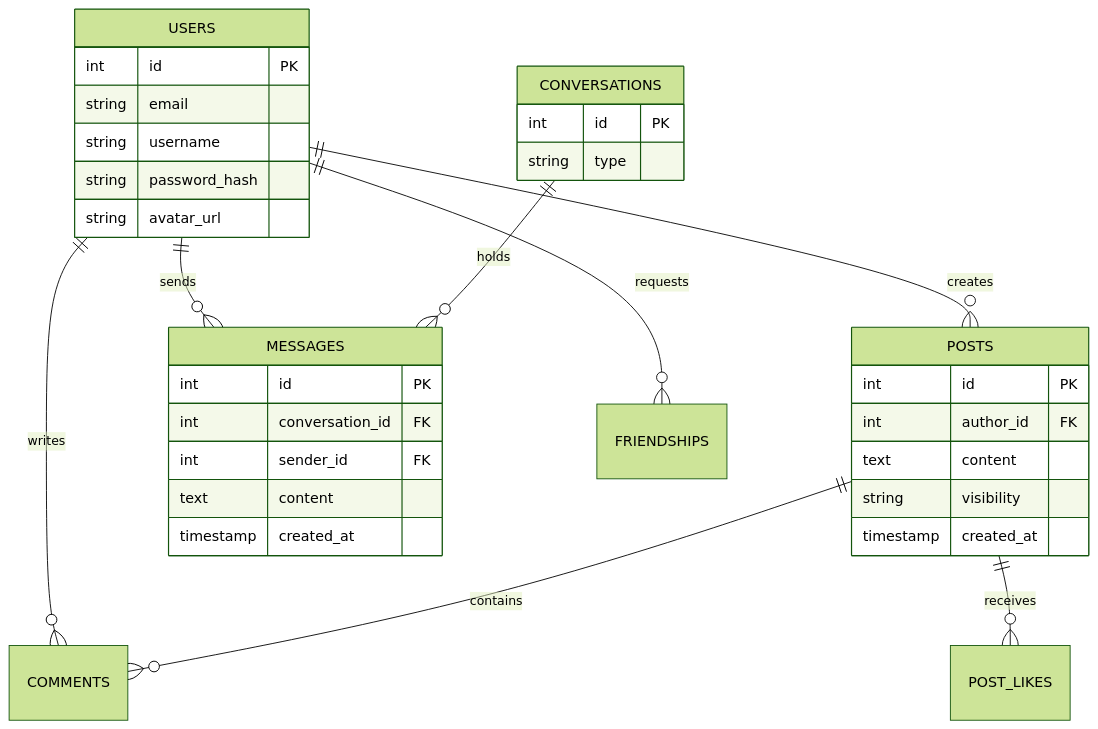
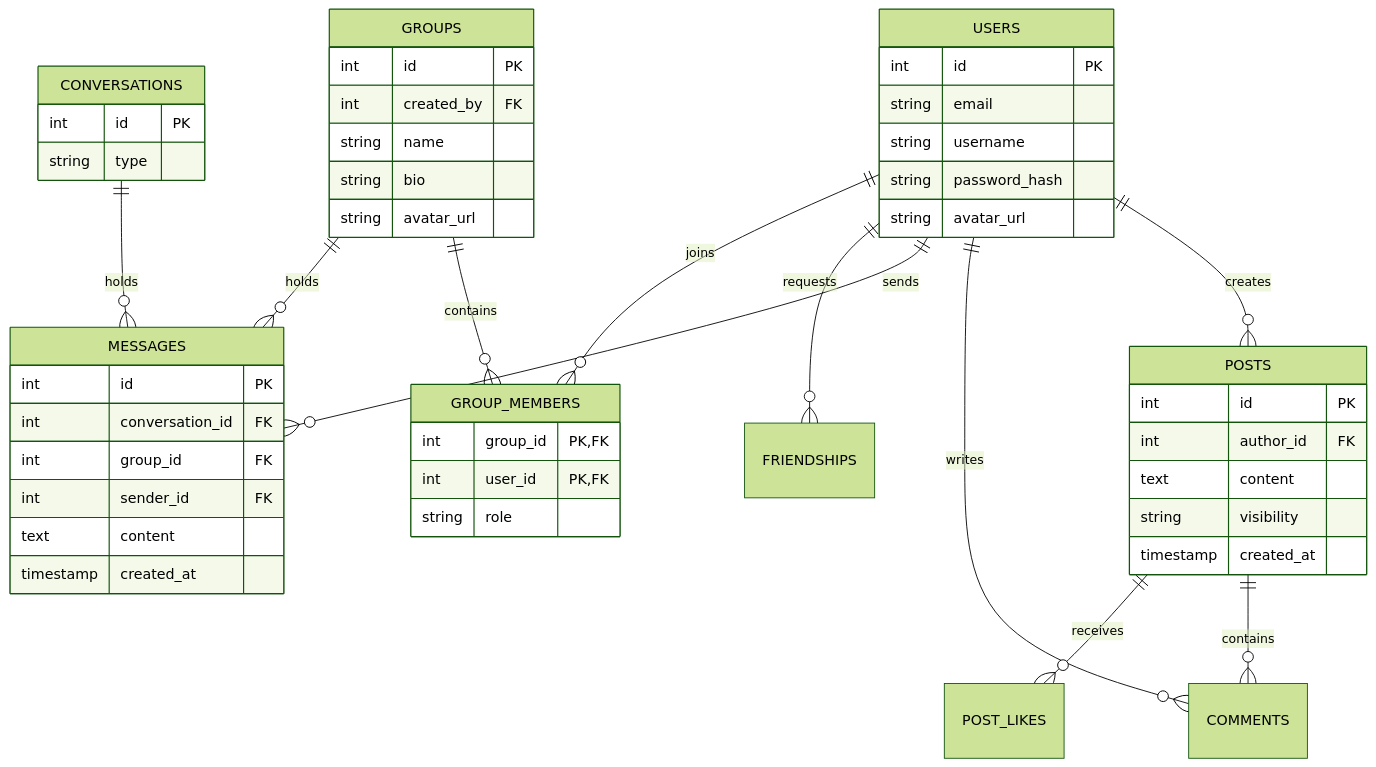
Before and after one commit to numankhan2007/RETRO-CHAT: the third of 3 diagrams in README.md, drawn with Mermaid (forest theme). The commit also changed other lines of this file, not shown here.

Commit message:
docs: fully update README with new group chat, admin, and stylish font features

````diff
--- a/README.md
+++ b/README.md
@@ -232,36 +235,52 @@
 ```mermaid
 erDiagram
     USERS ||--o{ POSTS : creates
     USERS ||--o{ COMMENTS : writes
     USERS ||--o{ MESSAGES : sends
     USERS ||--o{ FRIENDSHIPS : requests
+    USERS ||--o{ GROUP_MEMBERS : joins
+    GROUPS ||--o{ GROUP_MEMBERS : contains
+    GROUPS ||--o{ MESSAGES : holds
     POSTS ||--o{ COMMENTS : contains
     POSTS ||--o{ POST_LIKES : receives
     CONVERSATIONS ||--o{ MESSAGES : holds
   
     USERS {
         int id PK
         string email
         string username
         string password_hash
         string avatar_url
     }
+    GROUPS {
+        int id PK
+        int created_by FK
+        string name
+        string bio
+        string avatar_url
+    }
+    GROUP_MEMBERS {
+        int group_id PK,FK
+        int user_id PK,FK
+        string role
+    }
     POSTS {
         int id PK
         int author_id FK
         text content
         string visibility
         timestamp created_at
     }
     MESSAGES {
         int id PK
         int conversation_id FK
+        int group_id FK
         int sender_id FK
         text content
         timestamp created_at
     }
     CONVERSATIONS {
         int id PK
         string type
     }
 ```
````
